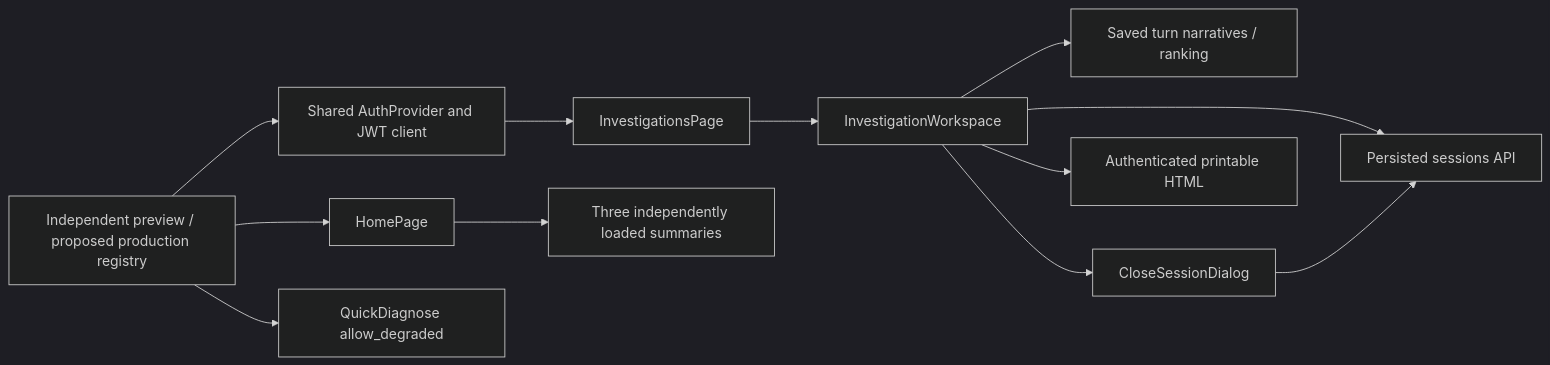
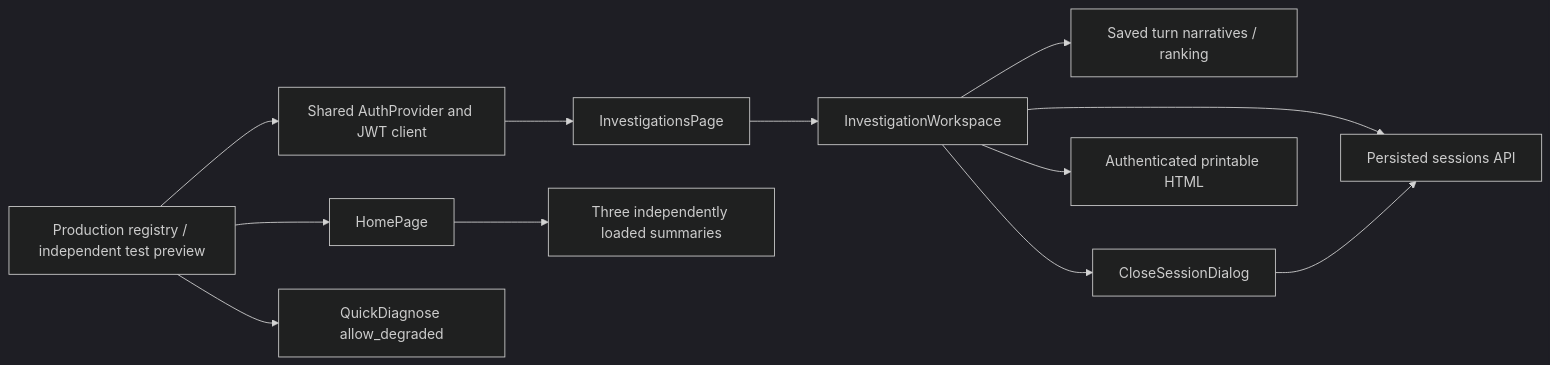
Before and after one commit to umaritics/halite: the second of 4 diagrams in knowledge/flows/FLOW-sessions.md, drawn with Mermaid (dark theme). The commit also changed other lines of this file and 40 other files, not shown here.

````diff
--- a/knowledge/flows/FLOW-sessions.md
+++ b/knowledge/flows/FLOW-sessions.md
@@ -69,14 +73,14 @@
 ```mermaid
 flowchart LR
-  Preview[Independent preview / proposed production registry] --> Auth[Shared AuthProvider and JWT client]
+  Preview[Production registry / independent test preview] --> Auth[Shared AuthProvider and JWT client]
   Auth --> List[InvestigationsPage]
   List --> Workspace[InvestigationWorkspace]
   Workspace --> SessionAPI[Persisted sessions API]
   Workspace --> Replay[Saved turn narratives / ranking]
   Workspace --> Close[CloseSessionDialog]
   Close --> SessionAPI
   Workspace --> Print[Authenticated printable HTML]
   Preview --> Home[HomePage]
   Home --> Summaries[Three independently loaded summaries]
   Preview --> Quick[QuickDiagnose allow_degraded]
 ```
````
